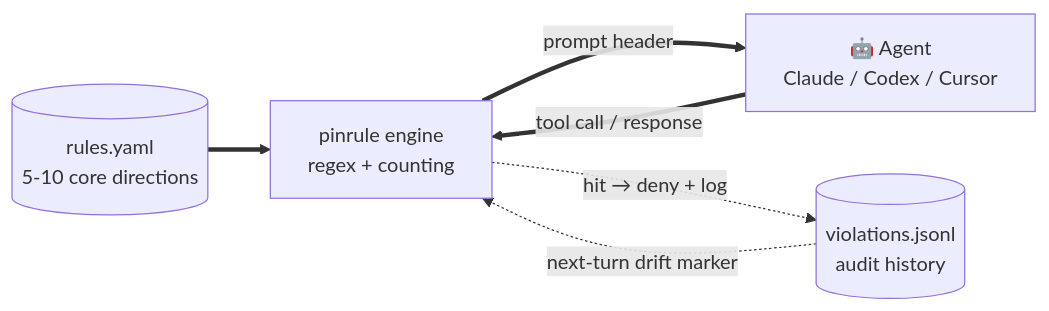
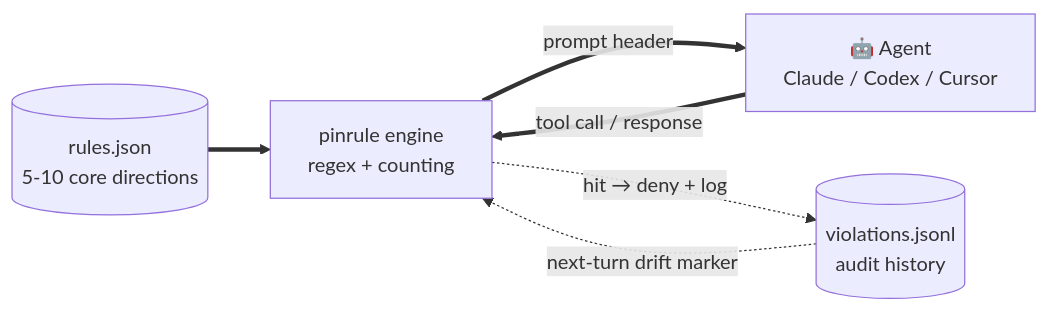
The diagram in README.md (jhaizhou-ops/pinrule), drawn with Mermaid before and after one commit. The commit also changed other lines of this file and 12 other files, not shown here.

````diff
--- a/README.md
+++ b/README.md
@@ -61,13 +61,13 @@
 ```mermaid
 flowchart LR
-    R[(rules.yaml<br/>5-10 core directions)]
+    R[(rules.json<br/>5-10 core directions)]
     K[pinrule engine<br/>regex + counting]
     A[🤖 Agent<br/>Claude / Codex / Cursor]
     V[(violations.jsonl<br/>audit history)]
 
     R ==> K
     K ==>|prompt header| A
     A ==>|tool call / response| K
     K -.->|hit → deny + log| V
     V -.->|next-turn drift marker| K
 ```
````
